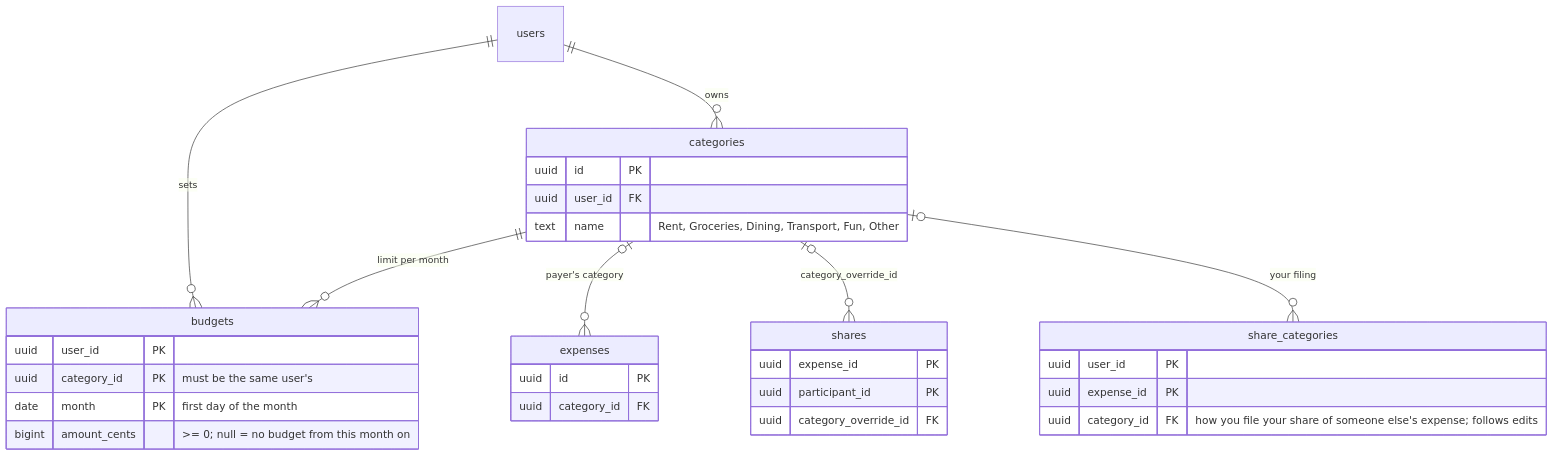
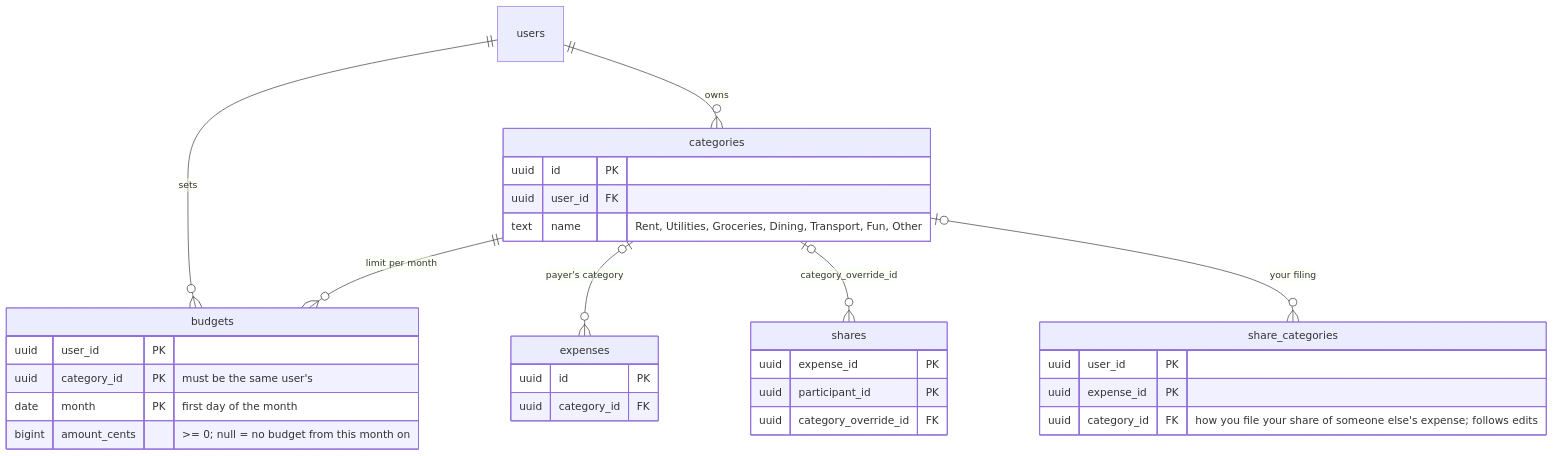
The second of 5 diagrams in DATA_MODEL.md (liyou2001/spendly), drawn with Mermaid before and after one commit. The commit also changed 5 other files, not shown here.

````diff
--- a/DATA_MODEL.md
+++ b/DATA_MODEL.md
@@ -120,35 +120,35 @@
 ```mermaid
 erDiagram
     users ||--o{ categories : "owns"
     users ||--o{ budgets : "sets"
     categories ||--o{ budgets : "limit per month"
     categories |o--o{ expenses : "payer's category"
     categories |o--o{ shares : "category_override_id"
     categories |o--o{ share_categories : "your filing"
 
     categories {
         uuid id PK
         uuid user_id FK
-        text name "Rent, Groceries, Dining, Transport, Fun, Other"
+        text name "Rent, Utilities, Groceries, Dining, Transport, Fun, Other"
     }
     budgets {
         uuid user_id PK
         uuid category_id PK "must be the same user's"
         date month PK "first day of the month"
         bigint amount_cents ">= 0; null = no budget from this month on"
     }
     share_categories {
         uuid user_id PK
         uuid expense_id PK
         uuid category_id FK "how you file your share of someone else's expense; follows edits"
     }
     expenses {
         uuid id PK
         uuid category_id FK
     }
     shares {
         uuid expense_id PK
         uuid participant_id PK
         uuid category_override_id FK
     }
 ```
````
